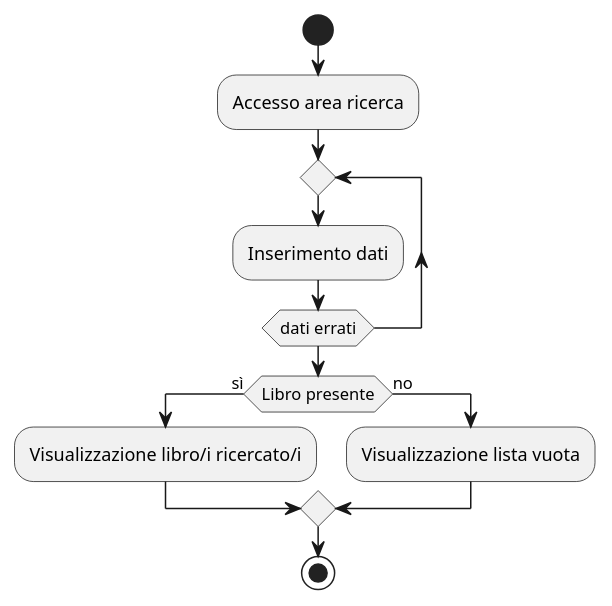
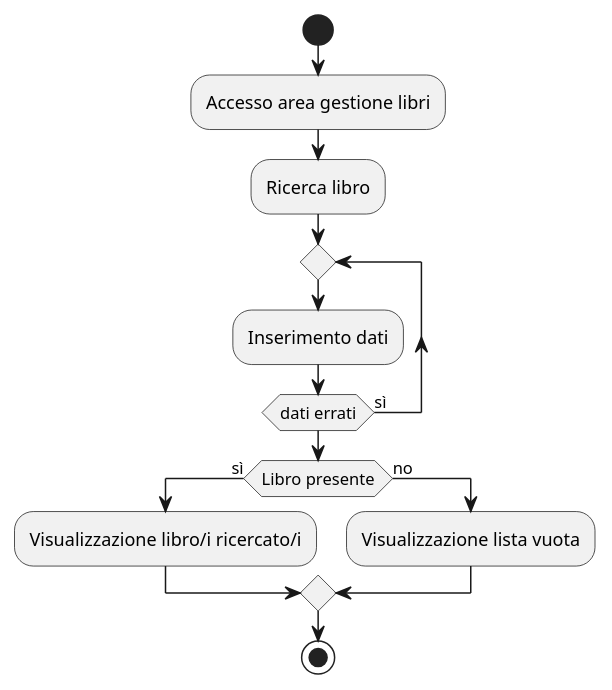
The diagram in Progettazione/AllDiagramsCode/ActivityDiagramsCode/RicercaLibro.wsd (amalinconico6-cpu/Biblioteca_universitaria_10), drawn with PlantUML before and after one commit. The commit also changed 19 other files, not shown here.

```diff
--- a/Progettazione/AllDiagramsCode/ActivityDiagramsCode/RicercaLibro.wsd
+++ b/Progettazione/AllDiagramsCode/ActivityDiagramsCode/RicercaLibro.wsd
@@ -1,13 +1,14 @@
 @startuml RicercaLIbro
 start 
-:Accesso area ricerca;
+:Accesso area gestione libri;
+:Ricerca libro;
 repeat
 :Inserimento dati;
-repeat while (dati errati)
+repeat while (dati errati) is (sì)
 if(Libro presente) then (sì)
 :Visualizzazione libro/i ricercato/i;
 else (no)
 :Visualizzazione lista vuota;
 endif
 stop 
 @enduml 
```
